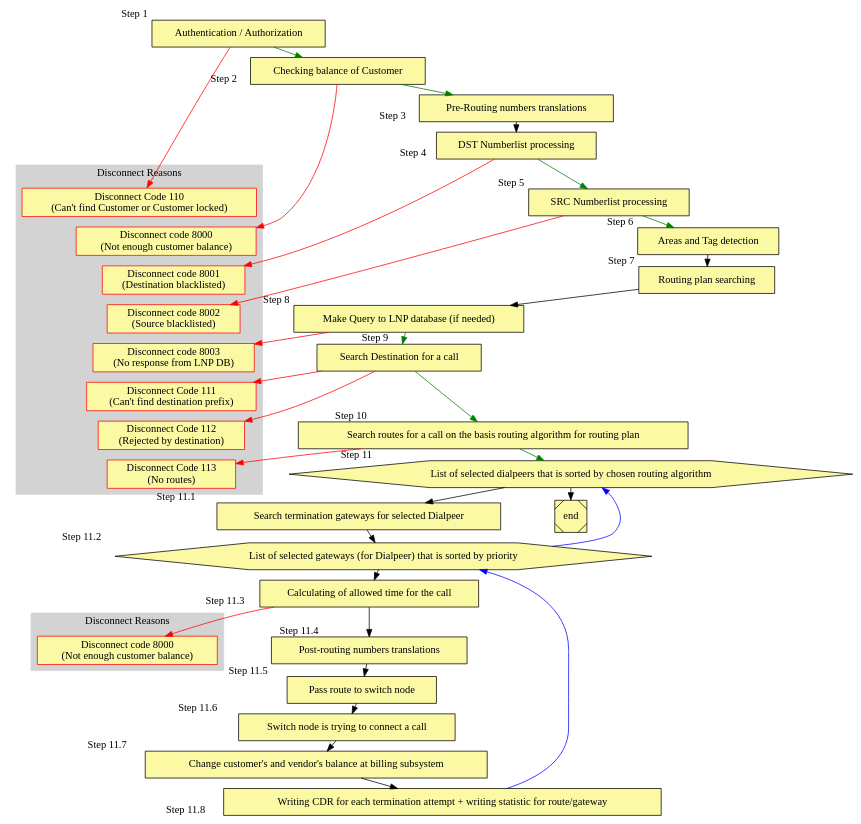
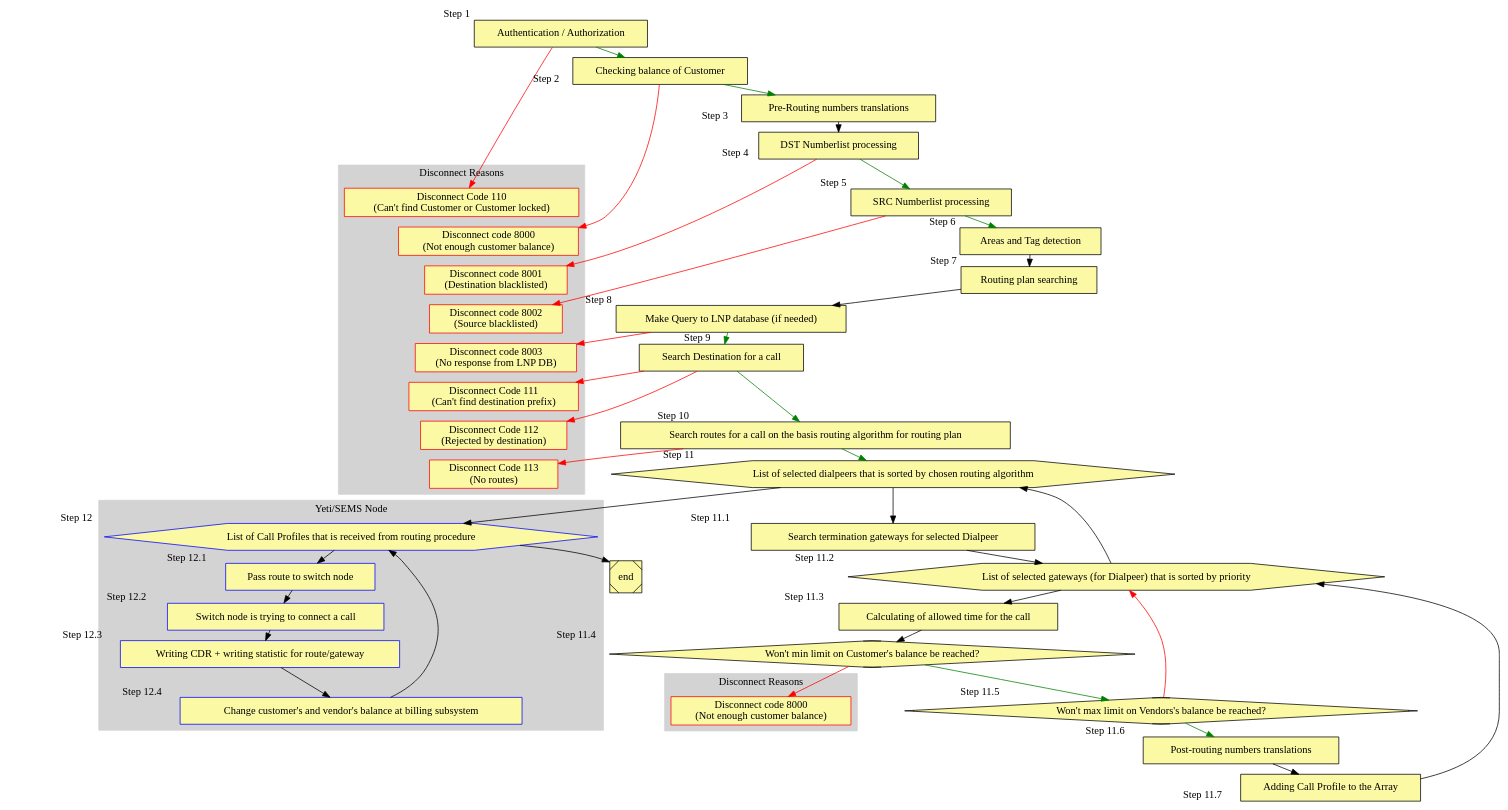
The diagram in docs/en/graphviz/routing.dot (yeti-switch/doc), drawn with Graphviz before and after one commit.

```diff
--- a/docs/en/graphviz/routing.dot
+++ b/docs/en/graphviz/routing.dot
@@ -1,102 +1,134 @@
 digraph Routing {
 
     node [style=filled; fillcolor="#FCF9A5"];
     graph [nodesep=1, ranksep=0.2, mindist=0.5];
 
     subgraph cluster_DC {
         style=filled;
         color=lightgrey;
         node [style=filled,color=red];
 
         reason1 [label = "Disconnect Code 110 \n(Can't find Customer or Customer locked)"; shape=box; sides=4 ];
         reason2 [label = "Disconnect code 8000 \n(Not enough customer balance)"; shape=box; sides=4 ];
         reason3 [label = "Disconnect code 8001 \n(Destination blacklisted)"; shape=box; sides=4 ];
         reason4 [label = "Disconnect code 8002 \n(Source blacklisted)"; shape=box; sides=4 ];
         reason5 [label = "Disconnect code 8003 \n(No response from LNP DB)"; shape=box; sides=4 ];
         reason6 [label = "Disconnect Code 111 \n(Can't find destination prefix)"; shape=box; sides=4 ];
         reason7 [label = "Disconnect Code 112 \n(Rejected by destination)"; shape=box; sides=4 ];
         reason8 [label = "Disconnect Code 113 \n(No routes)"; shape=box; sides=4 ];
 
         reason1->reason2 [style=invis];
         reason2->reason3 [style=invis];
         reason3->reason4 [style=invis];
         reason4->reason5 [style=invis];
         reason5->reason6 [style=invis];
         reason6->reason7 [style=invis];
         reason7->reason8 [style=invis];
         label = "Disconnect Reasons";
     }
 
     subgraph cluster_DC2 {
         style=filled;
         color=lightgrey;
         node [style=filled,color=red];
 
         reason9 [label = "Disconnect code 8000 \n(Not enough customer balance)"; shape=box; sides=4 ];
 
         label = "Disconnect Reasons";
     }
 
 
+    subgraph cluster_SEMS {
+        style=filled;
+        color=lightgrey;
+        node [style=filled,color=blue];
+
+        block_l0 [label = "List of Call Profiles that is received from routing procedure"; xlabel = "                Step 12"; shape=hexagon];
+
+        block_l1 [label = "Pass route to switch node"; xlabel = "       Step 12.1   "; shape=box; sides=4 ];
+        block_l2 [label = "Switch node is trying to connect a call"; xlabel = "\nStep 12.2     "; shape=box; sides=4 ];
+
+        block_l3 [label = "Writing CDR + writing statistic for route/gateway"; xlabel = "Step 12.3    "; shape=box; sides=4 ];
+
+        block_l4 [label = "Change customer's and vendor's balance at billing subsystem"; xlabel = "Step 12.4    "; shape=box; sides=4 ];
+
+        block_l0 -> block_l1 [color=black];
+        block_l1 -> block_l2 [color=black];
+        block_l2 -> block_l3 [color=black];
+        block_l3 -> block_l4 [color=black];
+        block_l4 -> block_l0 [color=black];
+
+        label = "Yeti/SEMS Node";
+    }
+
+
     block1 [label = "Authentication / Authorization"; xlabel = "Step 1"; shape=box; sides=4 ];
     block2 [label = "Checking balance of Customer"; xlabel = "Step 2   "; shape=box; sides=4 ];
     block3 [label = "Pre-Routing numbers translations"; xlabel = "Step 3   "; shape=box; sides=4 ];
     block4 [label = "DST Numberlist processing"; xlabel = "Step 4  "; shape=box; sides=4 ];
     block5 [label = "SRC Numberlist processing"; xlabel = "Step 5"; shape=box; sides=4 ];
     block6 [label = "Areas and Tag detection"; xlabel = "Step 6"; shape=box; sides=4 ];
     block7 [label = "Routing plan searching"; xlabel = "Step 7"; shape=box; sides=4 ];
     block8 [label = "Make Query to LNP database (if needed)"; xlabel = "Step 8"; shape=box; sides=4 ];
     block9 [label = "Search Destination for a call"; xlabel = "              Step 9"; shape=box; sides=4 ];
     block10 [label = "Search routes for a call on the basis routing algorithm for routing plan"; xlabel = "           Step 10"; shape=box; sides=4 ];
 
     block11 [label = "List of selected dialpeers that is sorted by chosen routing algorithm"; xlabel = "                Step 11"; shape=hexagon];
 
     block12 [label = "Search termination gateways for selected Dialpeer"; xlabel = "Step 11.1     "; shape=box; sides=4 ];
 
     block13 [label = "List of selected gateways (for Dialpeer) that is sorted by priority"; xlabel = "                Step 11.2"; shape=hexagon];
 
     block14 [label = "Calculating of allowed time for the call"; xlabel = "Step 11.3   "; shape=box; sides=4 ];
 
-    block15 [label = "Post-routing numbers translations"; xlabel = "Step 11.4    "; shape=box; sides=4 ];
 
-    block16 [label = "Pass route to switch node"; xlabel = "       Step 11.5   "; shape=box; sides=4 ];
-    block17 [label = "Switch node is trying to connect a call"; xlabel = "\nStep 11.6     "; shape=box; sides=4 ];
-    block18 [label = "Change customer's and vendor's balance at billing subsystem"; xlabel = "Step 11.7    "; shape=box; sides=4 ];
-    block19 [label = "Writing CDR for each termination attempt + writing statistic for route/gateway"; xlabel = "Step 11.8    "; shape=box; sides=4 ];
+    block15 [label = "Won't min limit on Customer's balance be reached?"; xlabel = "           Step 11.4 "; shape=Mdiamond];
+
+    block16 [label = "Won't max limit on Vendors's balance be reached?"; xlabel = "                 Step 11.5"; shape=Mdiamond];
+
+    block17 [label = "Post-routing numbers translations"; xlabel = "Step 11.6    "; shape=box; sides=4 ];
+
+    block18 [label = "Adding Call Profile to the Array"; xlabel = "Step 11.7    "; shape=box; sides=4 ];
+
+
     end [shape=Msquare];
 
     block1 -> block2 [color=green];
     block1 -> reason1 [color=red];
 
     block2 -> block3 [color=green];
     block2 -> reason2 [color=red];
     block3 -> block4 [color=black];
     block4 -> block5 [color=green];
     block4 -> reason3 [color=red];
     block5 -> block6 [color=green];
     block5 -> reason4 [color=red];
     block6 -> block7 [color=black];
     block7 -> block8 [color=black];
     block8 -> block9 [color=green];
     block8 -> reason5 [color=red];
     block9 -> block10 [color=green];
     block9 -> reason6 [color=red];
     block9 -> reason7 [color=red];
     block10 -> block11 [color=green];
     block10 -> reason8 [color=red];
     block11 -> block12 [color=black];
     block12 -> block13 [color=black];
     block13 -> block14 [color=black];
+    block13 -> block11 [color=black];
     block14 -> block15 [color=black];
-    block14 -> reason9 [color=red];
-    block15 -> block16 [color=black];
-    block16 -> block17 [color=black];
+    block15 -> reason9 [color=red];
+    block15 -> block16 [color=green];
+    block16 -> block17 [color=green];
+    block16 -> block13 [color=red];
     block17 -> block18 [color=black];
-    block18 -> block19 [color=black];
-    block19 -> block13 [color=blue];
-    block13 -> block11 [color=blue];
+    block18 -> block13 [color=black];
 
-    block11 -> end [color=black];
+
+    block11 -> block_l0 [color=black];
+
+
+    block_l0 -> end [color=black];
 
 
 }
```
